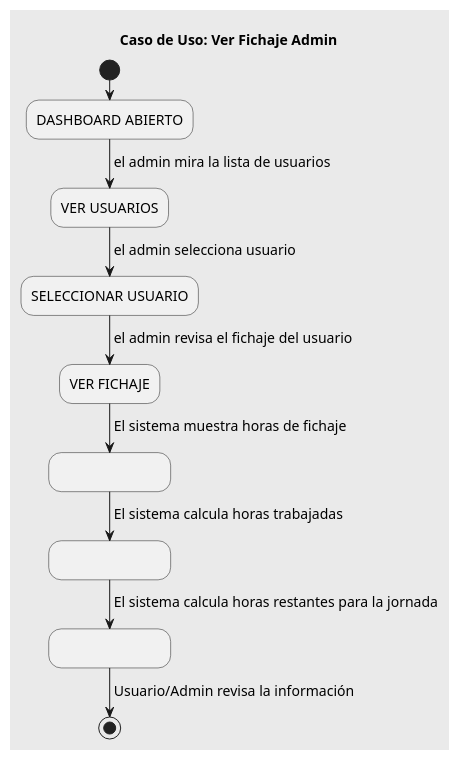
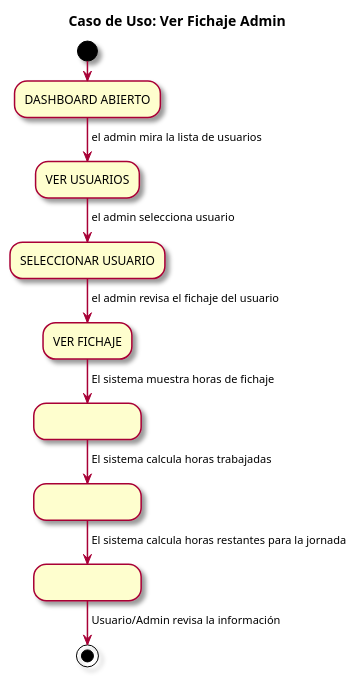
One commit to mmasias/23-24-IdSw1-SDR changed the diagram in modelosUML/casosDeUso/detalles/verFichajeAdmin.puml. Above: the diagram before and after it, drawn with PlantUML. The commit also changed 3 other files, not shown here.

```diff
--- a/modelosUML/casosDeUso/detalles/verFichajeAdmin.puml
+++ b/modelosUML/casosDeUso/detalles/verFichajeAdmin.puml
@@ -1,29 +1,26 @@
 @startuml
-skinparam backgroundColor #EEEBDC
-skinparam defaultFontName Arial
-skinparam defaultFontSize 14
-skinparam monochrome true
+skin rose
 
 
 title Caso de Uso: Ver Fichaje Admin
 start
 :DASHBOARD ABIERTO;
 -> el admin mira la lista de usuarios;
 :VER USUARIOS;
 -> el admin selecciona usuario;
 :SELECCIONAR USUARIO;
 -> el admin revisa el fichaje del usuario;
 :VER FICHAJE;
 -> El sistema muestra horas de fichaje;
 :                            ;
 -> El sistema calcula horas trabajadas;
 :                            ;
 -> El sistema calcula horas restantes para la jornada;
 :                            ;
 -> Usuario/Admin revisa la información;
 
 stop
 
 
 
 @enduml
```
